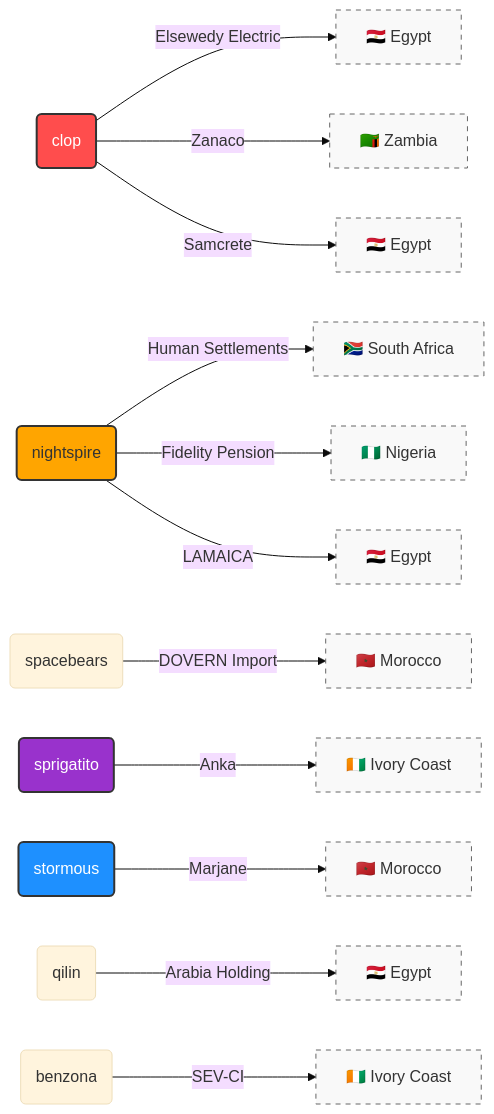
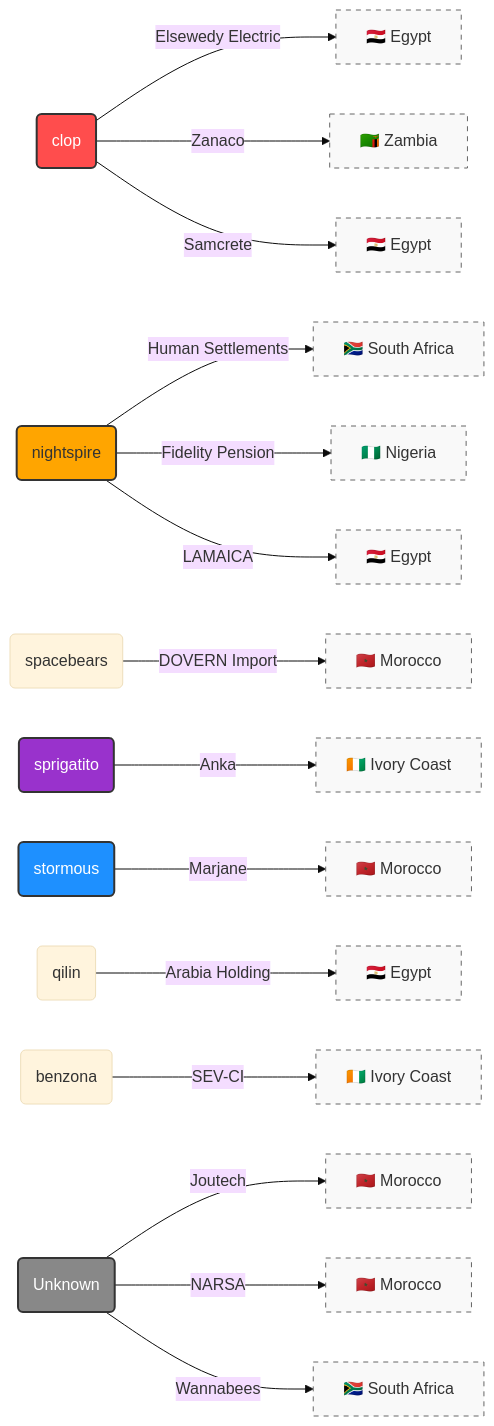
Before and after one commit to Hatchepsoute/AFRINTEL: the fourth of 4 diagrams in CyberAttackAfrica/2025/11-november/README.md, drawn with Mermaid (base theme). The commit also changed other lines of this file and 255 other files, not shown here.

````diff
--- a/CyberAttackAfrica/2025/11-november/README.md
+++ b/CyberAttackAfrica/2025/11-november/README.md
@@ -136,29 +146,33 @@
 ```mermaid
 graph LR
     %% clop Relations (Red)
     clop(clop) -->|Elsewedy Electric| Egypt1["🇪🇬 Egypt"]
     clop -->|Zanaco| Zambia["🇿🇲 Zambia"]
     clop -->|Samcrete| Egypt2["🇪🇬 Egypt"]
 
     %% nightspire Relations (Orange)
     nightspire(nightspire) -->|Human Settlements| SA1["🇿🇦 South Africa"]
     nightspire -->|Fidelity Pension| Nigeria["🇳🇬 Nigeria"]
     nightspire -->|LAMAICA| Egypt3["🇪🇬 Egypt"]
 
     %% Other Actors
     spacebears(spacebears) -->|DOVERN Import| Morocco1["🇲🇦 Morocco"]
     sprigatito(sprigatito) -->|Anka| CI1["🇨🇮 Ivory Coast"]
     stormous(stormous) -->|Marjane| Morocco2["🇲🇦 Morocco"]
     qilin(qilin) -->|Arabia Holding| Egypt4["🇪🇬 Egypt"]
     benzona(benzona) -->|SEV-CI| CI2["🇨🇮 Ivory Coast"]
+    Unknown(Unknown) -->|Joutech| Morocco3["🇲🇦 Morocco"]
+    Unknown -->|NARSA| Morocco4["🇲🇦 Morocco"]
+    Unknown -->|Wannabees| SA2["🇿🇦 South Africa"]
 
     %% Styles and Colors
     style clop fill:#ff4d4d,stroke:#333,stroke-width:2px,color:#fff
     style nightspire fill:#ffa500,stroke:#333,stroke-width:2px
     style sprigatito fill:#9932cc,stroke:#333,stroke-width:2px,color:#fff
     style stormous fill:#1e90ff,stroke:#333,stroke-width:2px,color:#fff
+    style Unknown fill:#888,stroke:#333,stroke-width:2px,color:#fff
     
     %% Country Styles
     classDef country fill:#f9f9f9,stroke:#666,stroke-dasharray: 5 5
-    class Egypt1,Egypt2,Egypt3,Egypt4,Zambia,SA1,Nigeria,Morocco1,Morocco2,CI1,CI2 country
+    class Egypt1,Egypt2,Egypt3,Egypt4,Zambia,SA1,SA2,Nigeria,Morocco1,Morocco2,Morocco3,Morocco4,CI1,CI2 country
 ```
````
